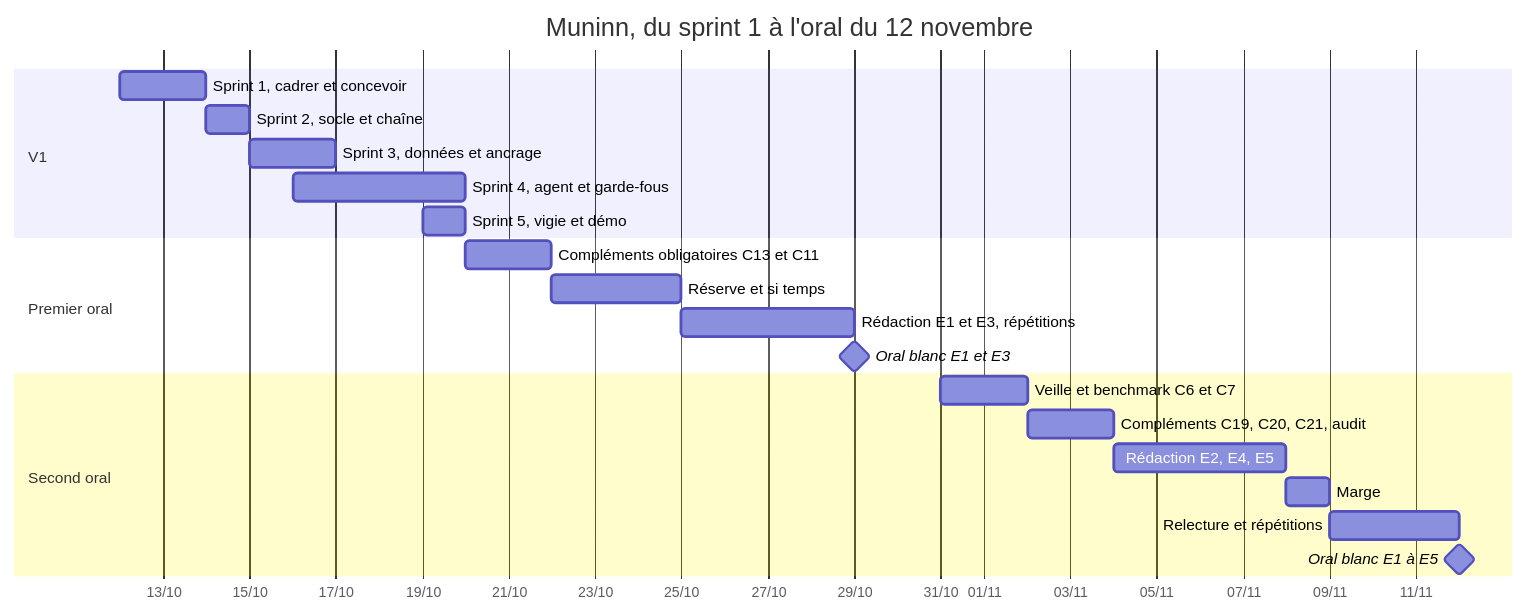
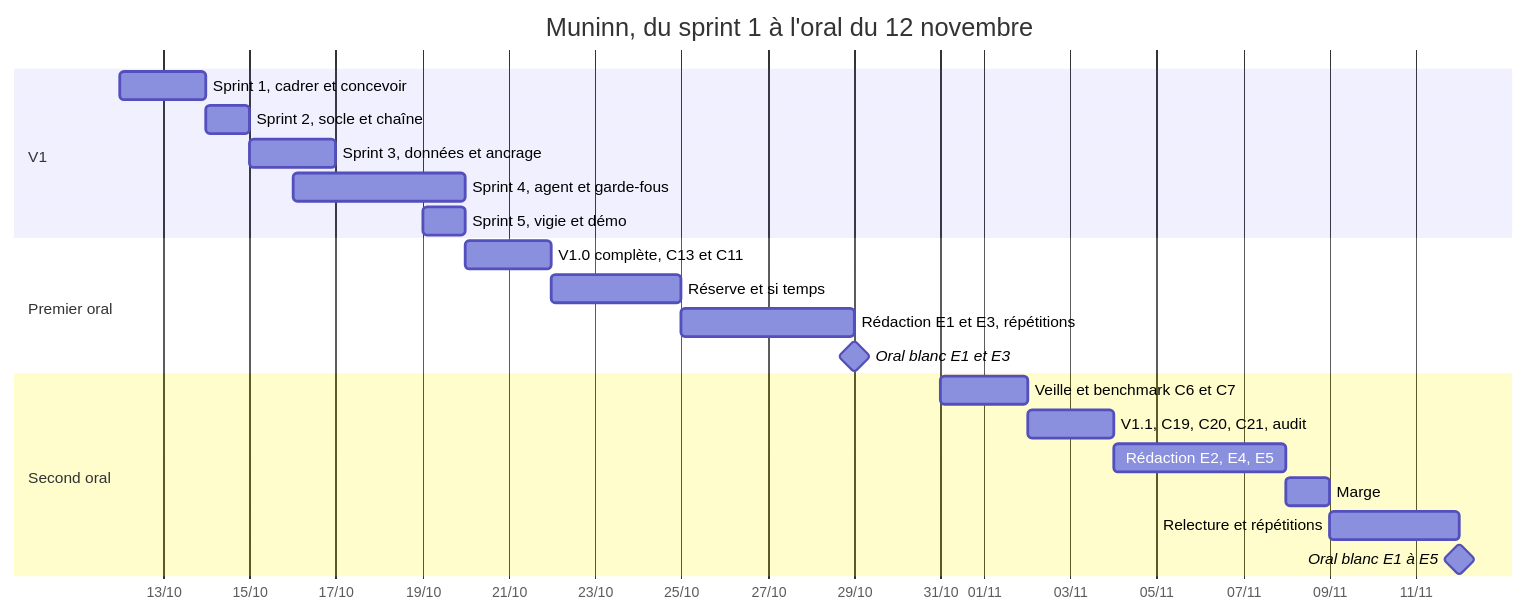
The diagram in docs/v1/roadmap-v1.md (Bealph/muninn-v1), drawn with Mermaid before and after one commit. The commit also changed other lines of this file and 3 other files, not shown here.

````diff
--- a/docs/v1/roadmap-v1.md
+++ b/docs/v1/roadmap-v1.md
@@ -55,24 +55,24 @@
 ```mermaid
 gantt
   title Muninn, du sprint 1 à l'oral du 12 novembre
   dateFormat YYYY-MM-DD
   axisFormat %d/%m
   section V1
   Sprint 1, cadrer et concevoir             :s1, 2026-10-12, 2d
   Sprint 2, socle et chaîne                 :s2, 2026-10-14, 1d
   Sprint 3, données et ancrage              :s3, 2026-10-15, 2d
   Sprint 4, agent et garde-fous             :s4, 2026-10-16, 4d
   Sprint 5, vigie et démo                   :s5, 2026-10-19, 1d
   section Premier oral
-  Compléments obligatoires C13 et C11       :c1, 2026-10-20, 2d
+  V1.0 complète, C13 et C11       :c1, 2026-10-20, 2d
   Réserve et si temps                       :r1, 2026-10-22, 3d
   Rédaction E1 et E3, répétitions           :w1, 2026-10-25, 4d
   Oral blanc E1 et E3                       :milestone, o1, 2026-10-29, 0d
   section Second oral
   Veille et benchmark C6 et C7              :v2, 2026-10-31, 2d
-  Compléments C19, C20, C21, audit          :c2, 2026-11-02, 2d
+  V1.1, C19, C20, C21, audit          :c2, 2026-11-02, 2d
   Rédaction E2, E4, E5                      :w2, 2026-11-04, 4d
   Marge                                     :m2, 2026-11-08, 1d
   Relecture et répétitions                  :p2, 2026-11-09, 3d
   Oral blanc E1 à E5                        :milestone, o2, 2026-11-12, 0d
 ```
````
